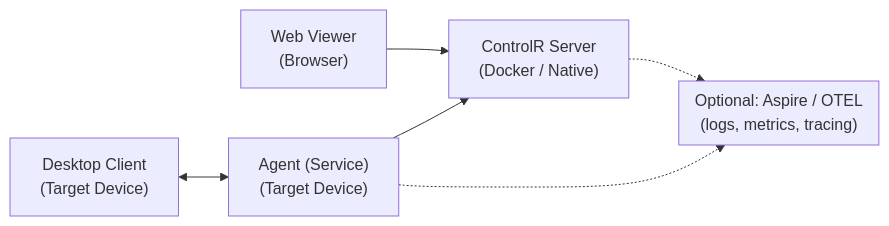
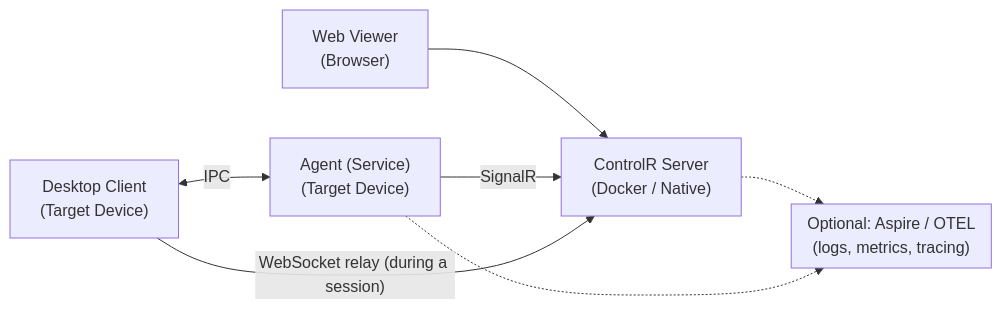
The diagram in docs/getting-started.md (bitbound/controlr-docs), drawn with Mermaid before and after one commit. The commit also changed other lines of this file and 52 other files, not shown here.

````diff
--- a/docs/getting-started.md
+++ b/docs/getting-started.md
@@ -46,12 +47,13 @@
 ```mermaid
 flowchart LR
     Browser["Web Viewer\n(Browser)"] --> Server["ControlR Server\n(Docker / Native)"]
-    Agent["Agent (Service)\n(Target Device)"] --> Server
-    Client["Desktop Client\n(Target Device)"] <--> Agent
+    Agent["Agent (Service)\n(Target Device)"] -->|"SignalR"| Server
+    Client["Desktop Client\n(Target Device)"] <-->|"IPC"| Agent
+    Client -->|"WebSocket relay (during a session)"| Server
 
     subgraph OTEL["Optional: Aspire / OTEL\n(logs, metrics, tracing)"]
     end
 
     Server -.-> OTEL
     Agent -.-> OTEL
 ```
````
